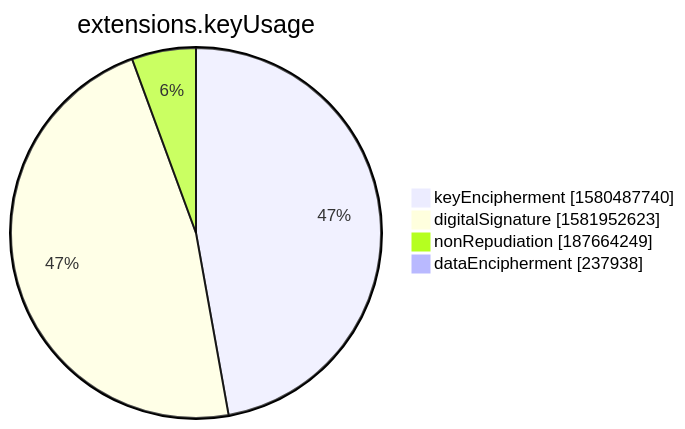
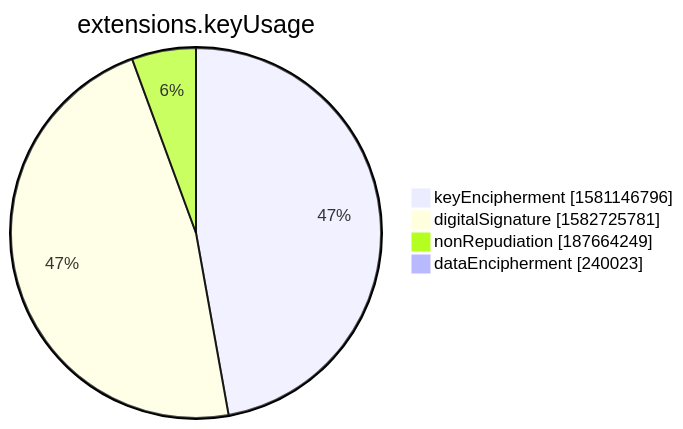
Before and after one commit to christiankrug/ctmonitor_visualization: the seventh of 15 diagrams in xenon2022/README.md, drawn with Mermaid. The commit also changed other lines of this file, not shown here.

````diff
--- a/xenon2022/README.md
+++ b/xenon2022/README.md
@@ -2854,8 +2854,8 @@
 ```mermaid
 pie showData
 title extensions.keyUsage
-"keyEncipherment" :1580487740
-"digitalSignature" :1581952623
+"keyEncipherment" :1581146796
+"digitalSignature" :1582725781
 "nonRepudiation" :187664249
-"dataEncipherment" :237938
+"dataEncipherment" :240023
 ```
````
